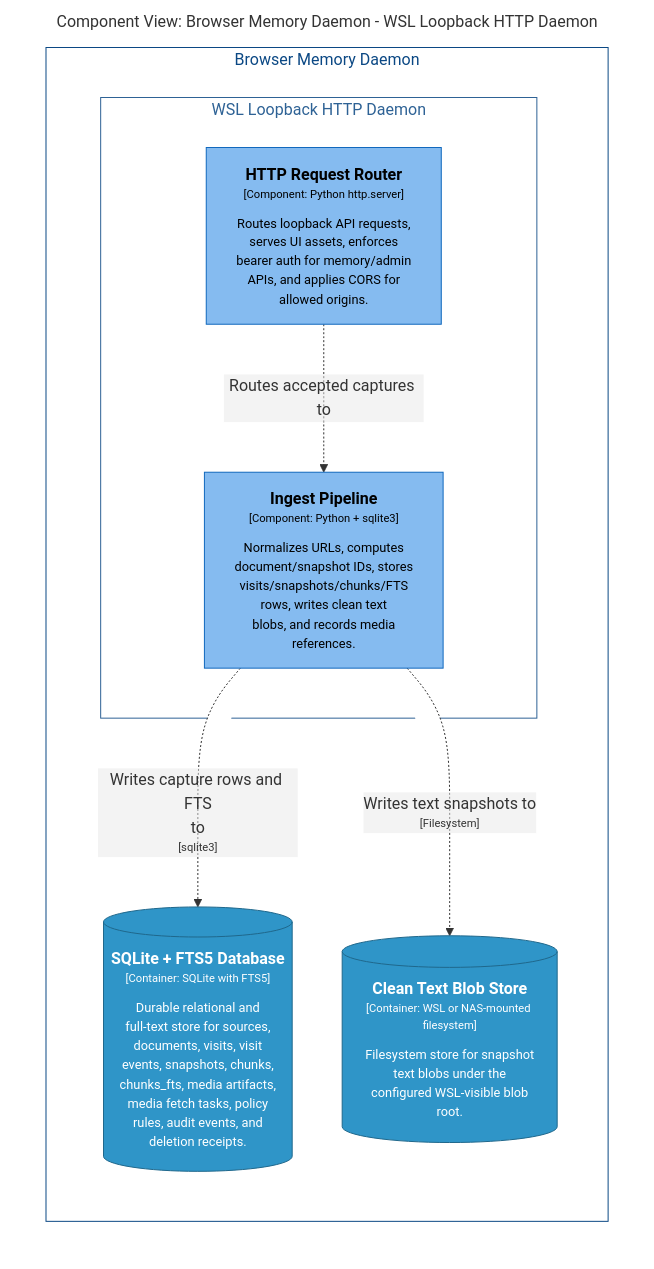
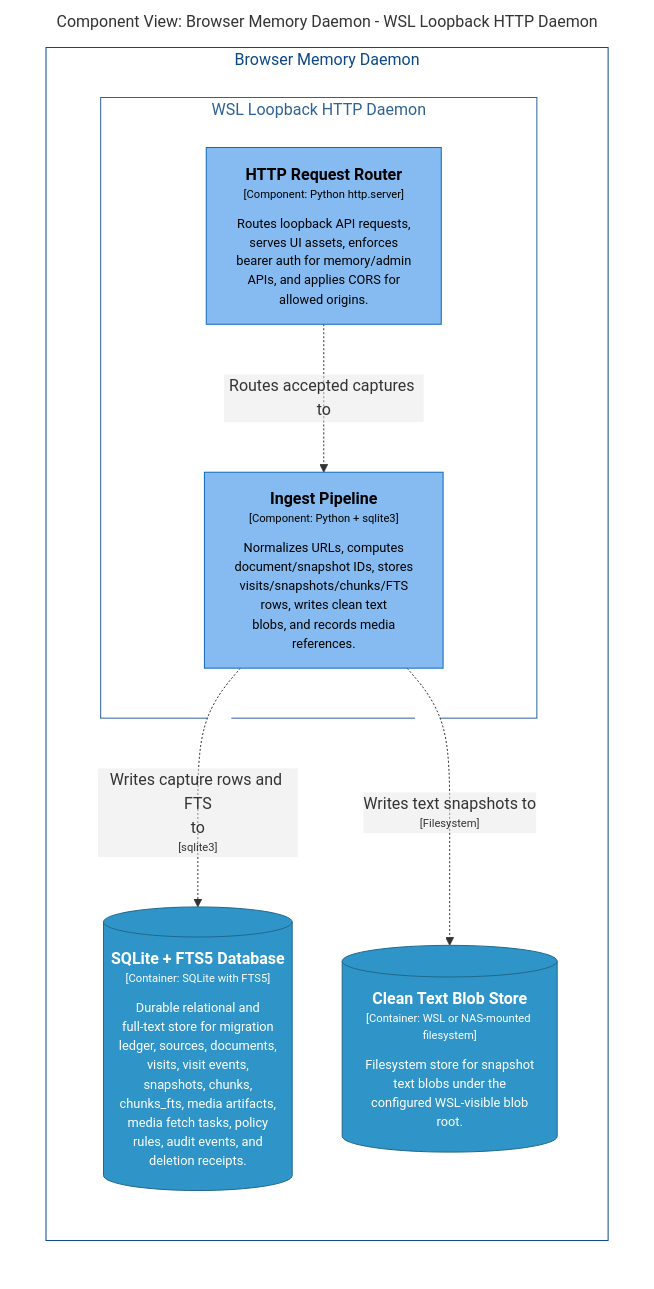
One commit to michaelnicks0/browser-memory-daemon changed the diagram in docs/architecture/diagrams/markdown/DaemonIngestComponents.md. Above: the diagram before and after it, drawn with Mermaid. The commit also changed 180 other files, not shown here.

Commit message:
feat(db): add versioned migration ledger and compatibility checks

````diff
--- a/docs/architecture/diagrams/markdown/DaemonIngestComponents.md
+++ b/docs/architecture/diagrams/markdown/DaemonIngestComponents.md
@@ -16,31 +16,31 @@
 ```mermaid
 graph LR
   linkStyle default fill:#ffffff
 
   subgraph diagram ["Component View: Browser Memory Daemon - WSL Loopback HTTP Daemon"]
     style diagram fill:#ffffff,stroke:#ffffff
 
     subgraph 4 ["Browser Memory Daemon"]
       style 4 fill:#ffffff,stroke:#0b4884,color:#0b4884
 
       subgraph 14 ["WSL Loopback HTTP Daemon"]
         style 14 fill:#ffffff,stroke:#2e6295,color:#2e6295
 
         15["<div style='font-weight: bold'>HTTP Request Router</div><div style='font-size: 70%; margin-top: 0px'>[Component: Python http.server]</div><div style='font-size: 80%; margin-top:10px'>Routes loopback API requests,<br />serves UI assets, enforces<br />bearer auth for memory/admin<br />APIs, and applies CORS for<br />allowed origins.</div>"]
         style 15 fill:#85bbf0,stroke:#1168bd,color:#000000
-        18["<div style='font-weight: bold'>Ingest Pipeline</div><div style='font-size: 70%; margin-top: 0px'>[Component: Python + sqlite3]</div><div style='font-size: 80%; margin-top:10px'>Normalizes URLs, computes<br />document/snapshot IDs, stores<br />visits/snapshots/chunks/FTS<br />rows, writes clean text<br />blobs, and records media<br />references.</div>"]
-        style 18 fill:#85bbf0,stroke:#1168bd,color:#000000
+        19["<div style='font-weight: bold'>Ingest Pipeline</div><div style='font-size: 70%; margin-top: 0px'>[Component: Python + sqlite3]</div><div style='font-size: 80%; margin-top:10px'>Normalizes URLs, computes<br />document/snapshot IDs, stores<br />visits/snapshots/chunks/FTS<br />rows, writes clean text<br />blobs, and records media<br />references.</div>"]
+        style 19 fill:#85bbf0,stroke:#1168bd,color:#000000
       end
 
-      27[("<div style='font-weight: bold'>SQLite + FTS5 Database</div><div style='font-size: 70%; margin-top: 0px'>[Container: SQLite with FTS5]</div><div style='font-size: 80%; margin-top:10px'>Durable relational and<br />full-text store for sources,<br />documents, visits, visit<br />events, snapshots, chunks,<br />chunks_fts, media artifacts,<br />media fetch tasks, policy<br />rules, audit events, and<br />deletion receipts.</div>")]
-      style 27 fill:#2f95c8,stroke:#20688c,color:#ffffff
-      28[("<div style='font-weight: bold'>Clean Text Blob Store</div><div style='font-size: 70%; margin-top: 0px'>[Container: WSL or NAS-mounted filesystem]</div><div style='font-size: 80%; margin-top:10px'>Filesystem store for snapshot<br />text blobs under the<br />configured WSL-visible blob<br />root.</div>")]
+      28[("<div style='font-weight: bold'>SQLite + FTS5 Database</div><div style='font-size: 70%; margin-top: 0px'>[Container: SQLite with FTS5]</div><div style='font-size: 80%; margin-top:10px'>Durable relational and<br />full-text store for migration<br />ledger, sources, documents,<br />visits, visit events,<br />snapshots, chunks,<br />chunks_fts, media artifacts,<br />media fetch tasks, policy<br />rules, audit events, and<br />deletion receipts.</div>")]
       style 28 fill:#2f95c8,stroke:#20688c,color:#ffffff
+      29[("<div style='font-weight: bold'>Clean Text Blob Store</div><div style='font-size: 70%; margin-top: 0px'>[Container: WSL or NAS-mounted filesystem]</div><div style='font-size: 80%; margin-top:10px'>Filesystem store for snapshot<br />text blobs under the<br />configured WSL-visible blob<br />root.</div>")]
+      style 29 fill:#2f95c8,stroke:#20688c,color:#ffffff
     end
 
-    15-. "<div>Routes accepted captures to</div><div style='font-size: 70%'></div>" .->18
-    18-. "<div>Writes capture rows and FTS<br />to</div><div style='font-size: 70%'>[sqlite3]</div>" .->27
-    18-. "<div>Writes text snapshots to</div><div style='font-size: 70%'>[Filesystem]</div>" .->28
+    15-. "<div>Routes accepted captures to</div><div style='font-size: 70%'></div>" .->19
+    19-. "<div>Writes capture rows and FTS<br />to</div><div style='font-size: 70%'>[sqlite3]</div>" .->28
+    19-. "<div>Writes text snapshots to</div><div style='font-size: 70%'>[Filesystem]</div>" .->29
 
   end
 ```
````
